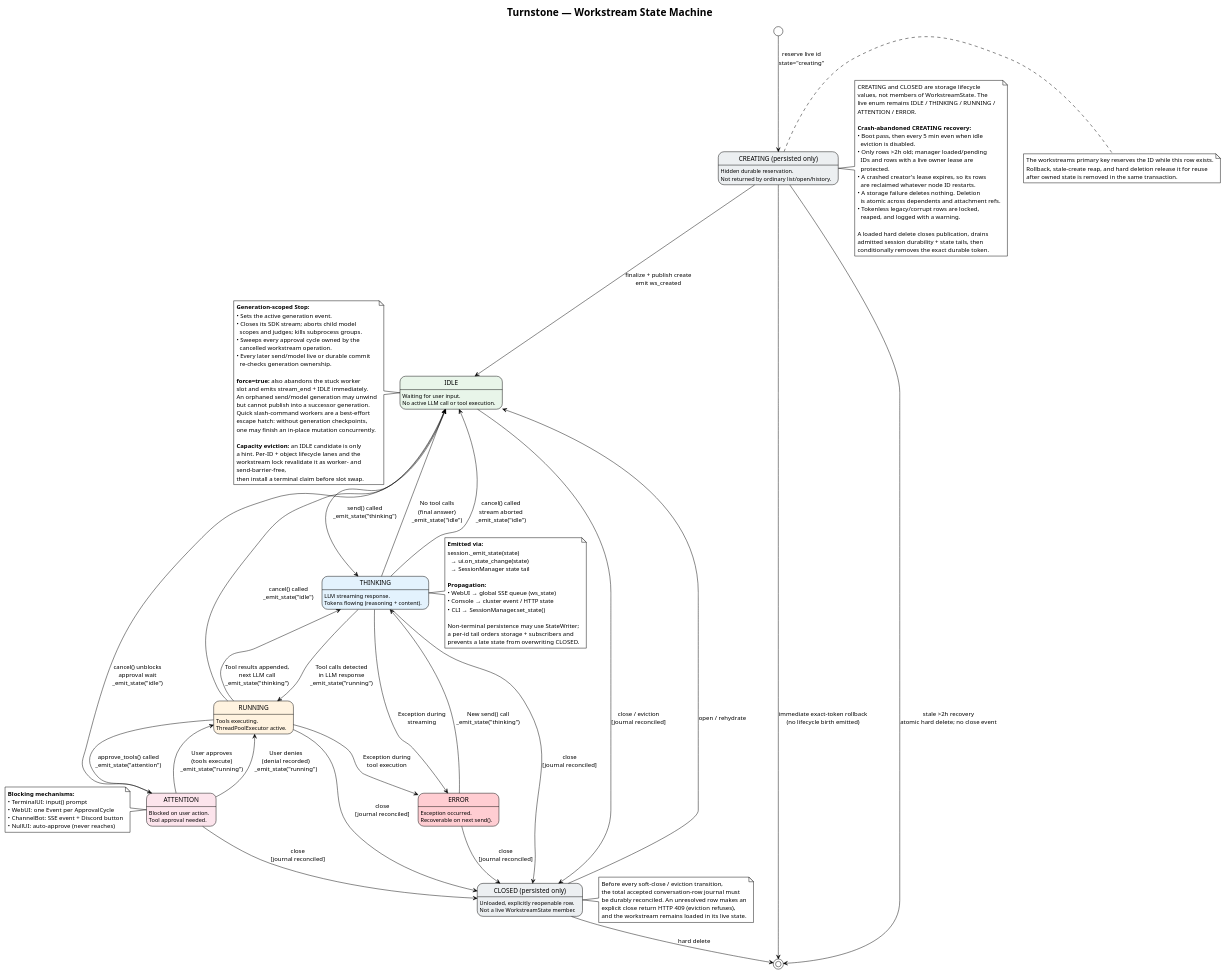
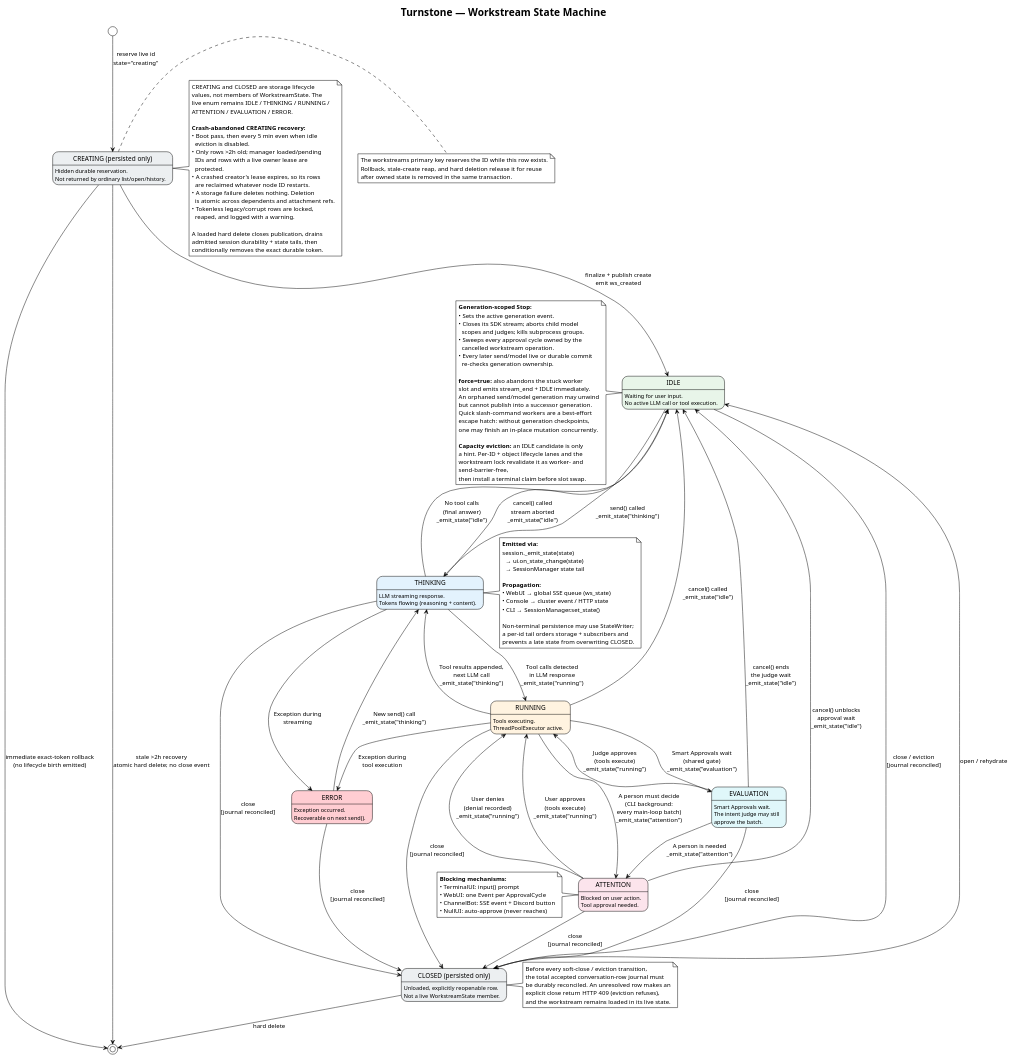
The diagram in docs/diagrams/09-workstream-states.puml (turnstonelabs/turnstone), drawn with PlantUML before and after one commit. The commit also changed 39 other files, not shown here.

First line of the commit message:
feat(approvals): an evaluation state while the judge may still approve (#1325)

```diff
--- a/docs/diagrams/09-workstream-states.puml
+++ b/docs/diagrams/09-workstream-states.puml
@@ -1,148 +1,159 @@
 @startuml
 !theme plain
 title Turnstone — Workstream State Machine
 
 skinparam state {
     BackgroundColor<<lifecycle>> #ECEFF1
     BackgroundColor<<idle>> #E8F5E9
     BackgroundColor<<thinking>> #E3F2FD
     BackgroundColor<<running>> #FFF3E0
     BackgroundColor<<attention>> #FCE4EC
+    BackgroundColor<<evaluation>> #E0F7FA
     BackgroundColor<<error>> #FFCDD2
 }
 
 state "CREATING (persisted only)" as creating <<lifecycle>> : Hidden durable reservation.\nNot returned by ordinary list/open/history.
 state "IDLE" as idle <<idle>> : Waiting for user input.\nNo active LLM call or tool execution.
 state "THINKING" as thinking <<thinking>> : LLM streaming response.\nTokens flowing (reasoning + content).
 state "RUNNING" as running <<running>> : Tools executing.\nThreadPoolExecutor active.
 state "ATTENTION" as attention <<attention>> : Blocked on user action.\nTool approval needed.
+state "EVALUATION" as evaluation <<evaluation>> : Smart Approvals wait.\nThe intent judge may still\napprove the batch.
 state "ERROR" as error <<error>> : Exception occurred.\nRecoverable on next send().
 state "CLOSED (persisted only)" as closed <<lifecycle>> : Unloaded, explicitly reopenable row.\nNot a live WorkstreamState member.
 
 [*] --> creating : reserve live id\nstate="creating"
 creating --> idle : finalize + publish create\nemit ws_created
 creating --> [*] : immediate exact-token rollback\n(no lifecycle birth emitted)
 creating --> [*] : stale >2h recovery\natomic hard delete; no close event
 
 idle --> thinking : send() called\n_emit_state("thinking")
 
 thinking --> running : Tool calls detected\nin LLM response\n_emit_state("running")
 
 thinking --> idle : No tool calls\n(final answer)\n_emit_state("idle")
 
 thinking --> error : Exception during\nstreaming
 
-running --> attention : approve_tools() called\n_emit_state("attention")
+running --> evaluation : Smart Approvals wait\n(shared gate)\n_emit_state("evaluation")
+
+evaluation --> running : Judge approves\n(tools execute)\n_emit_state("running")
+
+evaluation --> attention : A person is needed\n_emit_state("attention")
+
+running --> attention : A person must decide\n(CLI background:\nevery main-loop batch)\n_emit_state("attention")
 
 attention --> running : User approves\n(tools execute)\n_emit_state("running")
 
 attention --> running : User denies\n(denial recorded)\n_emit_state("running")
 
 running --> thinking : Tool results appended,\nnext LLM call\n_emit_state("thinking")
 
 running --> error : Exception during\ntool execution
 
 error --> thinking : New send() call\n_emit_state("thinking")
 
 idle --> closed : close / eviction\n[journal reconciled]
 error --> closed : close\n[journal reconciled]
 thinking --> closed : close\n[journal reconciled]
 running --> closed : close\n[journal reconciled]
 attention --> closed : close\n[journal reconciled]
+evaluation --> closed : close\n[journal reconciled]
 closed --> [*] : hard delete
 closed --> idle : open / rehydrate
 
 note right of creating
   The workstreams primary key reserves the ID while this row exists.
   Rollback, stale-create reap, and hard deletion release it for reuse
   after owned state is removed in the same transaction.
 end note
 
 note right of closed
   Before every soft-close / eviction transition,
   the total accepted conversation-row journal must
   be durably reconciled. An unresolved row makes an
   explicit close return HTTP 409 (eviction refuses),
   and the workstream remains loaded in its live state.
 end note
 
 thinking --> idle : cancel() called\nstream aborted\n_emit_state("idle")
 
 running --> idle : cancel() called\n_emit_state("idle")
 
 attention --> idle : cancel() unblocks\napproval wait\n_emit_state("idle")
+
+evaluation --> idle : cancel() ends\nthe judge wait\n_emit_state("idle")
 
 note left of idle
   **Generation-scoped Stop:**
   • Sets the active generation event.
   • Closes its SDK stream; aborts child model
     scopes and judges; kills subprocess groups.
   • Sweeps every approval cycle owned by the
     cancelled workstream operation.
   • Every later send/model live or durable commit
     re-checks generation ownership.
 
   **force=true:** also abandons the stuck worker
   slot and emits stream_end + IDLE immediately.
   An orphaned send/model generation may unwind
   but cannot publish into a successor generation.
   Quick slash-command workers are a best-effort
   escape hatch: without generation checkpoints,
   one may finish an in-place mutation concurrently.
 
   **Capacity eviction:** an IDLE candidate is only
   a hint. Per-ID + object lifecycle lanes and the
   workstream lock revalidate it as worker- and
   send-barrier-free,
   then install a terminal claim before slot swap.
 end note
 
 note right of thinking
   **Emitted via:**
   session._emit_state(state)
     → ui.on_state_change(state)
     → SessionManager state tail
 
   **Propagation:**
   • WebUI → global SSE queue (ws_state)
   • Console → cluster event / HTTP state
   • CLI → SessionManager.set_state()
 
   Non-terminal persistence may use StateWriter;
   a per-id tail orders storage + subscribers and
   prevents a late state from overwriting CLOSED.
 end note
 
 note left of attention
   **Blocking mechanisms:**
   • TerminalUI: input() prompt
   • WebUI: one Event per ApprovalCycle
   • ChannelBot: SSE event + Discord button
   • NullUI: auto-approve (never reaches)
 end note
 
 note right of creating
   CREATING and CLOSED are storage lifecycle
   values, not members of WorkstreamState. The
   live enum remains IDLE / THINKING / RUNNING /
-  ATTENTION / ERROR.
+  ATTENTION / EVALUATION / ERROR.
 
   **Crash-abandoned CREATING recovery:**
   • Boot pass, then every 5 min even when idle
     eviction is disabled.
   • Only rows >2h old; manager loaded/pending
     IDs and rows with a live owner lease are
     protected.
   • A crashed creator's lease expires, so its rows
     are reclaimed whatever node ID restarts.
   • A storage failure deletes nothing. Deletion
     is atomic across dependents and attachment refs.
   • Tokenless legacy/corrupt rows are locked,
     reaped, and logged with a warning.
 
   A loaded hard delete closes publication, drains
   admitted session durability + state tails, then
   conditionally removes the exact durable token.
 end note
 
 @enduml
```
